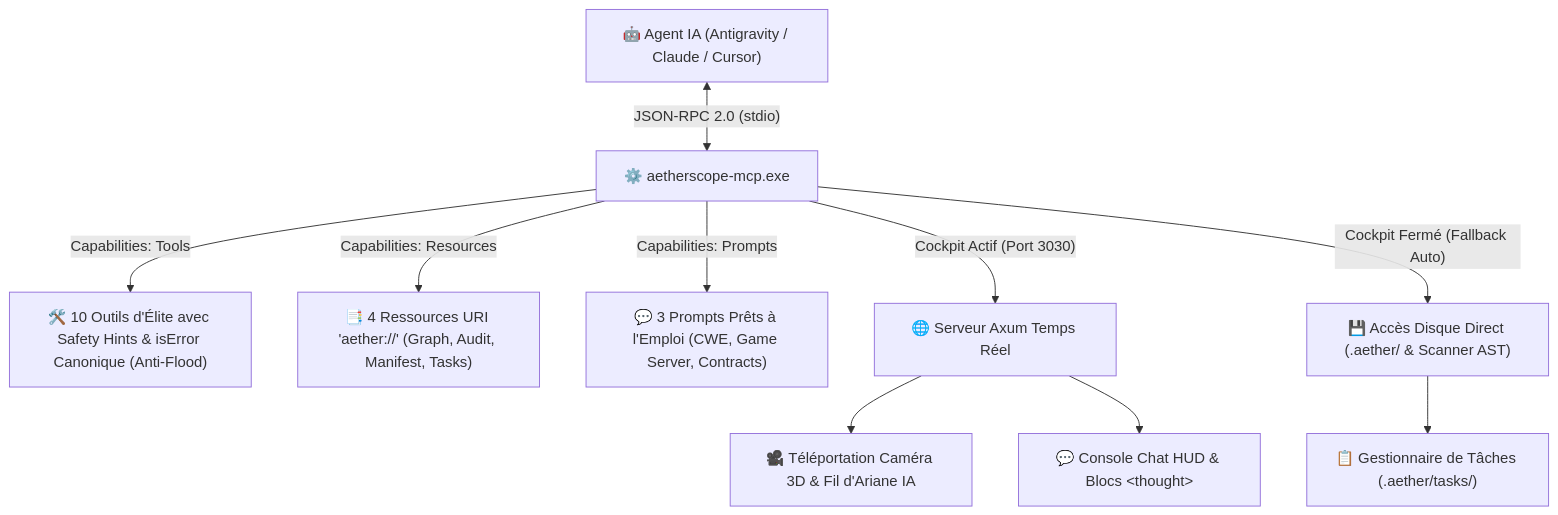
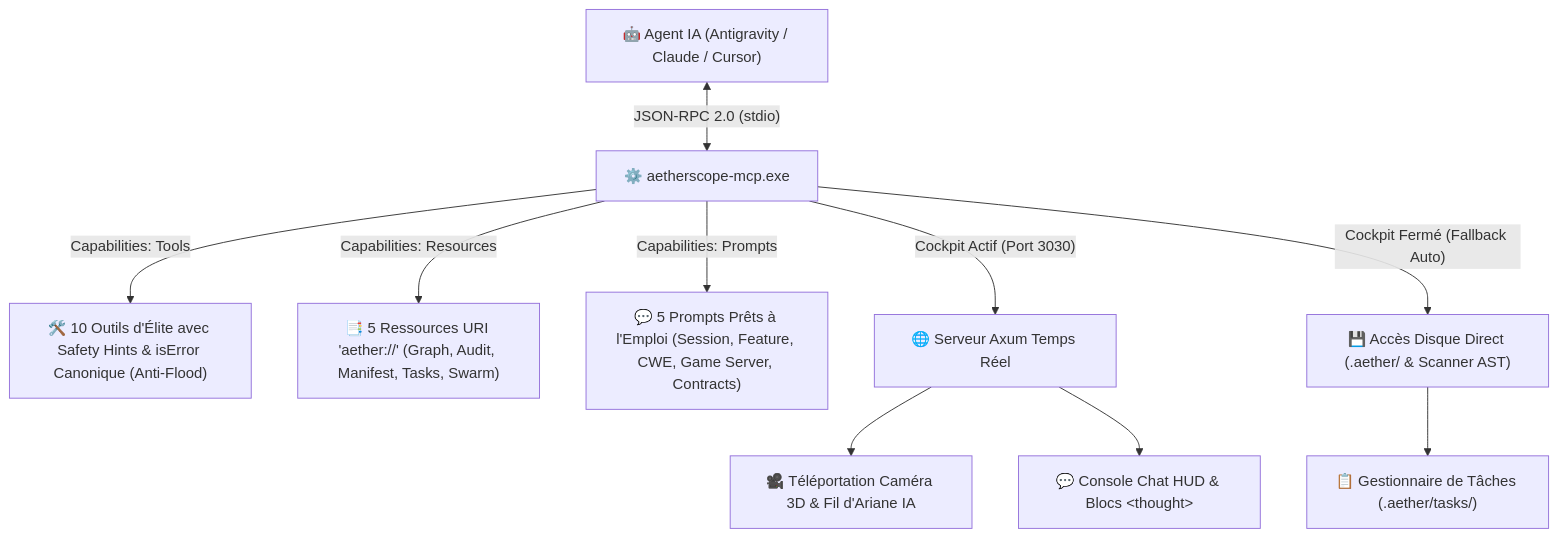
One commit to maxxwwim/AetherSAST-150-CWE-MCP changed the second of 2 diagrams in README.fr.md. Above: the diagram before and after it, drawn with Mermaid. The commit also changed other lines of this file and 79 other files, not shown here.

````diff
--- a/README.fr.md
+++ b/README.fr.md
@@ -429,12 +443,12 @@
 ```mermaid
 flowchart TD
     AI["🤖 Agent IA (Antigravity / Claude / Cursor)"] <-->|"JSON-RPC 2.0 (stdio)"| MCP["⚙️ aetherscope-mcp.exe"]
     MCP -->|"Capabilities: Tools"| TOOLS["🛠️ 10 Outils d'Élite avec Safety Hints & isError Canonique (Anti-Flood)"]
-    MCP -->|"Capabilities: Resources"| RES["📑 4 Ressources URI 'aether://' (Graph, Audit, Manifest, Tasks)"]
-    MCP -->|"Capabilities: Prompts"| PROMPTS["💬 3 Prompts Prêts à l'Emploi (CWE, Game Server, Contracts)"]
+    MCP -->|"Capabilities: Resources"| RES["📑 5 Ressources URI 'aether://' (Graph, Audit, Manifest, Tasks, Swarm)"]
+    MCP -->|"Capabilities: Prompts"| PROMPTS["💬 5 Prompts Prêts à l'Emploi (Session, Feature, CWE, Game Server, Contracts)"]
     MCP -->|"Cockpit Actif (Port 3030)"| LIVE["🌐 Serveur Axum Temps Réel"]
     MCP -->|"Cockpit Fermé (Fallback Auto)"| DISK["💾 Accès Disque Direct (.aether/ & Scanner AST)"]
     LIVE --> CAM["🎥 Téléportation Caméra 3D & Fil d'Ariane IA"]
     LIVE --> CHAT["💬 Console Chat HUD & Blocs &lt;thought&gt;"]
     DISK --> TASKS["📋 Gestionnaire de Tâches (.aether/tasks/)"]
 ```
````
